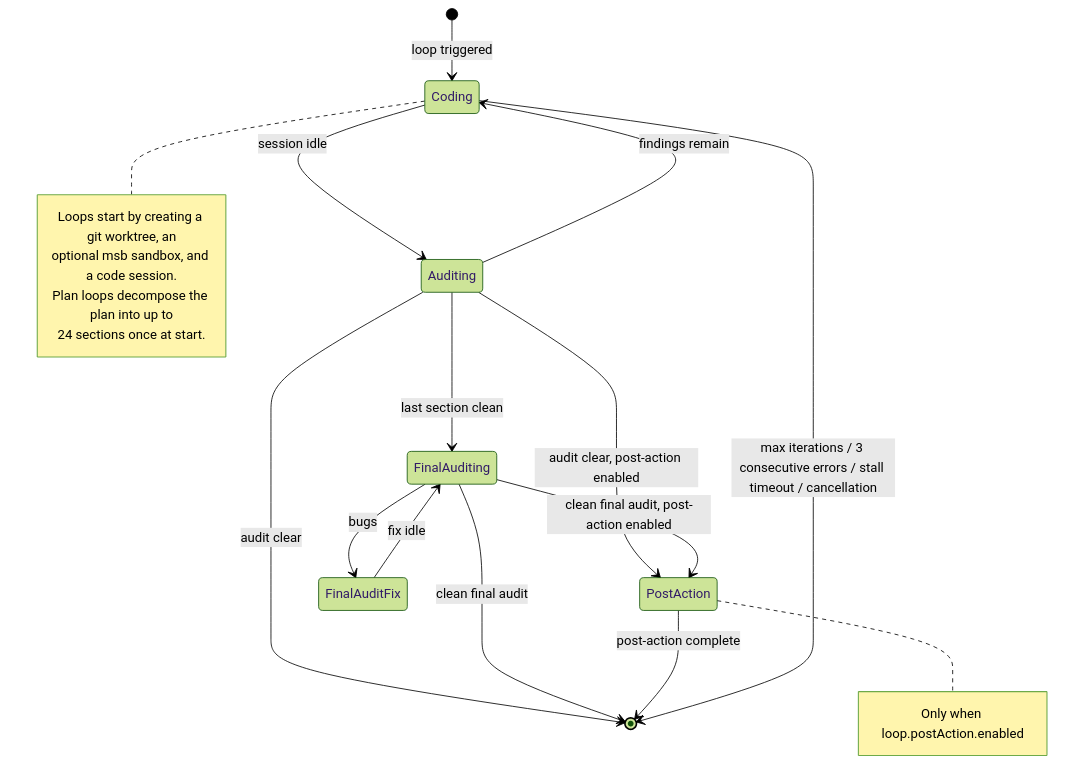
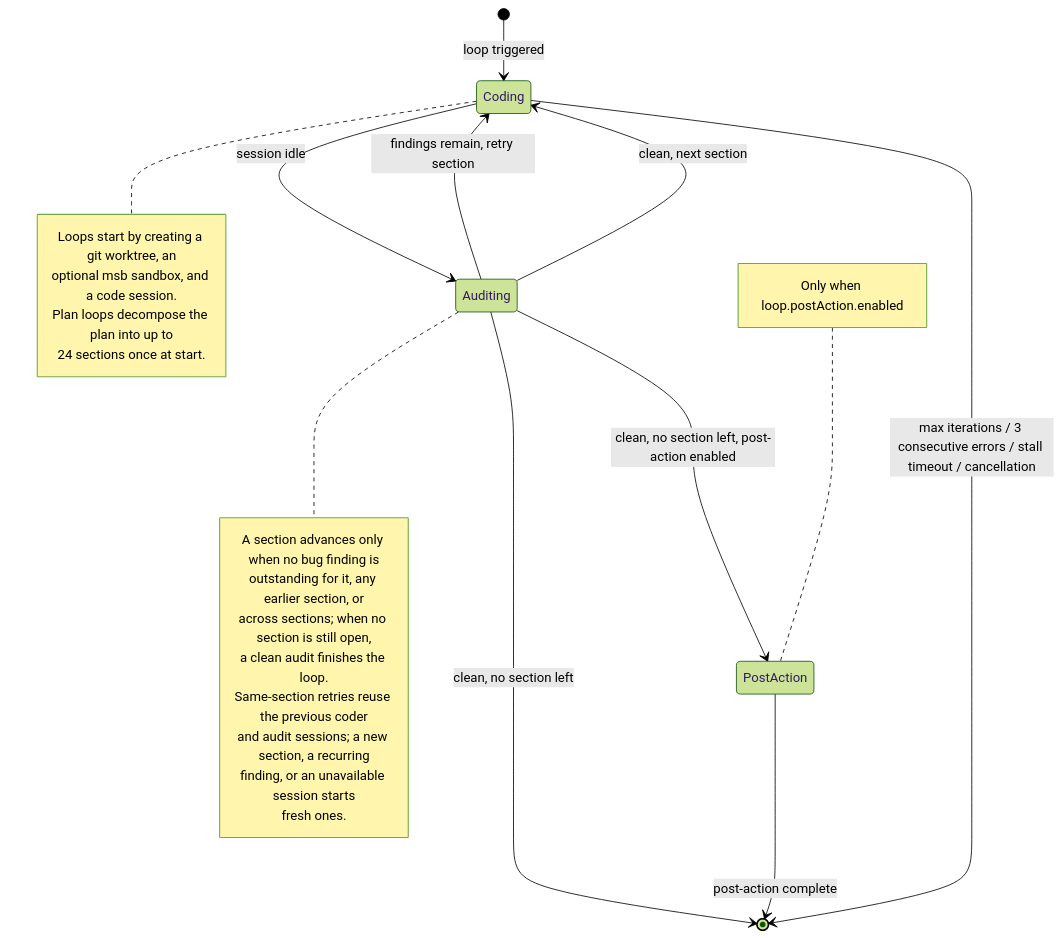
Before and after one commit to chriswritescode-dev/opencode-forge: the diagram in docs/api/_media/loop-flow.mmd, drawn with Mermaid (forest theme). The commit also changed 109 other files, not shown here.

First line of the commit message:
feat(loop): reuse sessions on section retries and remove the final audit

```diff
--- a/docs/api/_media/loop-flow.mmd
+++ b/docs/api/_media/loop-flow.mmd
@@ -1,25 +1,31 @@
 %% Regenerate: mmdc -i diagrams/loop-flow.mmd -o /tmp/loop-flow.png -b white -s 2
 %%             magick /tmp/loop-flow.png -quality 90 diagrams/loop-flow.webp
 stateDiagram-v2
     direction TB
     [*] --> Coding: loop triggered
     Coding --> Auditing: session idle
-    Auditing --> Coding: findings remain
-    Auditing --> FinalAuditing: last section clean
-    Auditing --> PostAction: audit clear, post-action enabled
-    Auditing --> [*]: audit clear
-    FinalAuditing --> FinalAuditFix: bugs
-    FinalAuditFix --> FinalAuditing: fix idle
-    FinalAuditing --> PostAction: clean final audit, post-action enabled
-    FinalAuditing --> [*]: clean final audit
+    Auditing --> Coding: findings remain, retry section
+    Auditing --> Coding: clean, next section
+    Auditing --> PostAction: clean, no section left, post-action enabled
+    Auditing --> [*]: clean, no section left
     PostAction --> [*]: post-action complete
     Coding --> [*]: max iterations / 3 consecutive errors / stall timeout / cancellation
     note right of Coding
         Loops start by creating a git worktree, an
         optional msb sandbox, and a code session.
         Plan loops decompose the plan into up to
         24 sections once at start.
     end note
-    note right of PostAction
+    note right of Auditing
+        A section advances only when no bug finding is
+        outstanding for it, any earlier section, or
+        across sections; when no section is still open,
+        a clean audit finishes the loop.
+        Same-section retries reuse the previous coder
+        and audit sessions; a new section, a recurring
+        finding, or an unavailable session starts
+        fresh ones.
+    end note
+    note left of PostAction
         Only when loop.postAction.enabled
     end note
```
